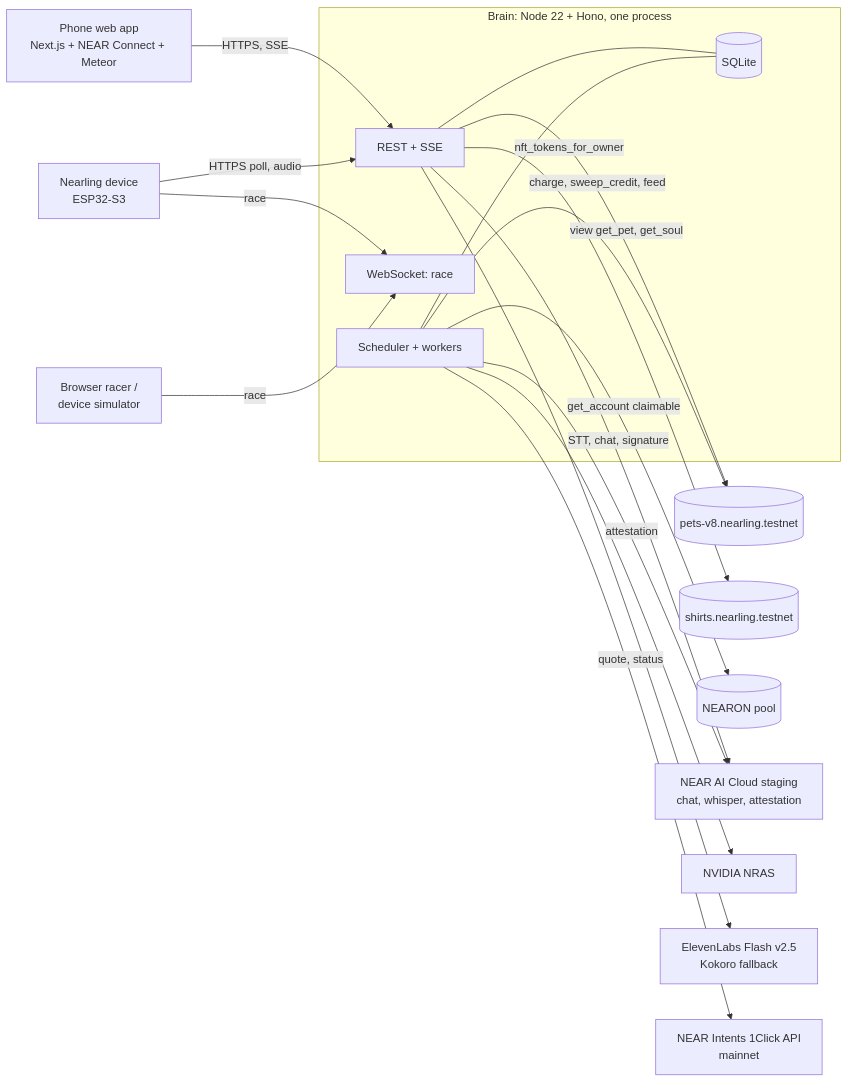
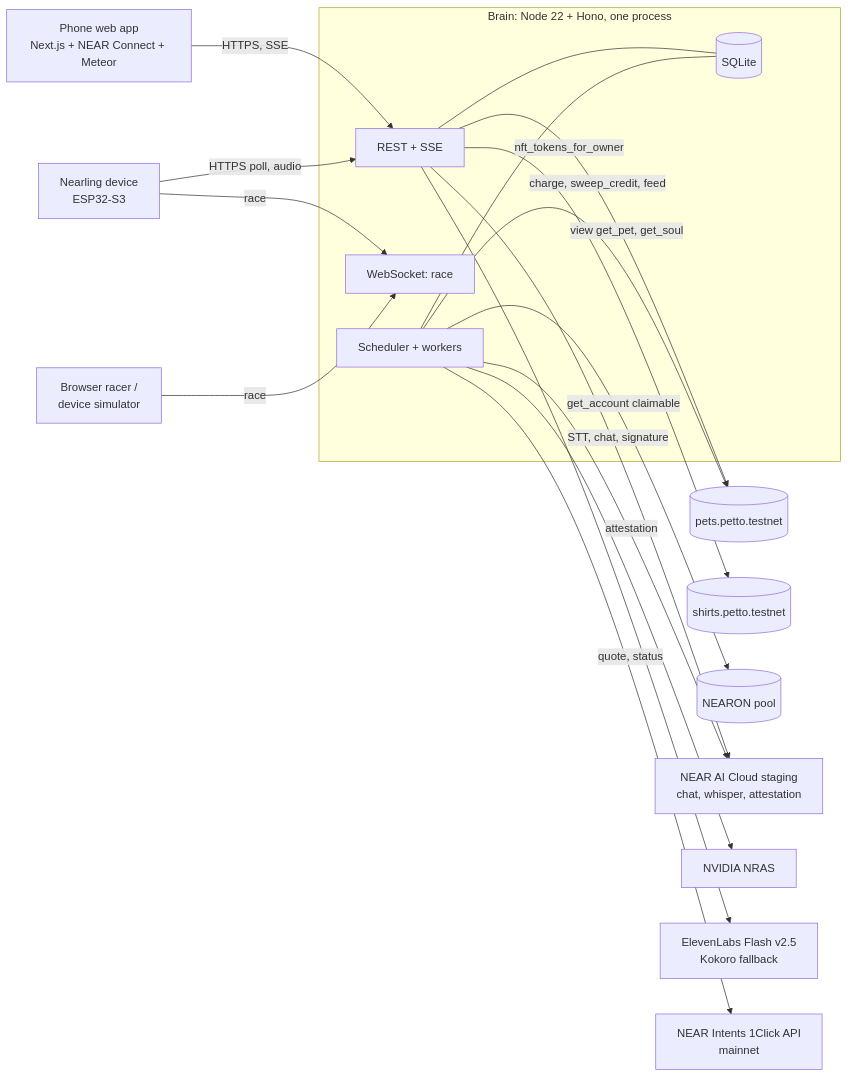
One commit to JNHNG0205/Nearling changed the diagram in AI-brain architectual/01-overview.md. Above: the diagram before and after it, drawn with Mermaid. The commit also changed other lines of this file and 40 other files, not shown here.

First line of the commit message:
feat: switch to petto.testnet accounts (pets, pets-demo, shirts, brain, relayer, seed)

````diff
--- a/AI-brain architectual/01-overview.md
+++ b/AI-brain architectual/01-overview.md
@@ -23,35 +23,35 @@
 ```mermaid
 flowchart LR
   Phone[Phone web app<br/>Next.js + NEAR Connect + Meteor]
   Dev[Nearling device<br/>ESP32-S3]
   Browser[Browser racer /<br/>device simulator]
   subgraph Brain[Brain: Node 22 + Hono, one process]
     HTTP[REST + SSE]
     WS[WebSocket: race]
     JOBS[Scheduler + workers]
     DB[(SQLite)]
   end
-  Pets[(pets-v8.nearling.testnet)]
-  Shirts[(shirts.nearling.testnet)]
+  Pets[(pets.petto.testnet)]
+  Shirts[(shirts.petto.testnet)]
   Pool[(NEARON pool)]
   AI[NEAR AI Cloud staging<br/>chat, whisper, attestation]
   NRAS[NVIDIA NRAS]
   TTS[ElevenLabs Flash v2.5<br/>Kokoro fallback]
   OneClick[NEAR Intents 1Click API<br/>mainnet]
 
   Phone -- HTTPS, SSE --> HTTP
   Dev -- HTTPS poll, audio --> HTTP
   Dev -- race --> WS
   Browser -- race --> WS
   HTTP --- DB
   JOBS --- DB
   HTTP -- view get_pet, get_soul --> Pets
   JOBS -- charge, sweep_credit, feed --> Pets
   HTTP -- nft_tokens_for_owner --> Shirts
   JOBS -- get_account claimable --> Pool
   HTTP -- STT, chat, signature --> AI
   JOBS -- attestation --> AI
   JOBS --> NRAS
   HTTP --> TTS
   JOBS -- quote, status --> OneClick
 ```
````
